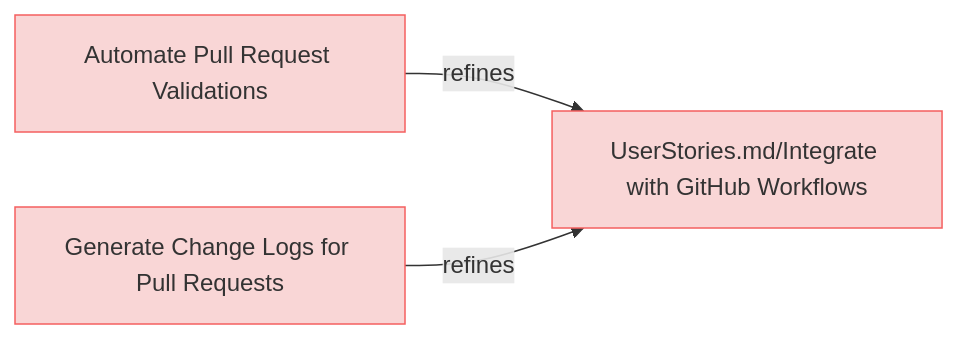
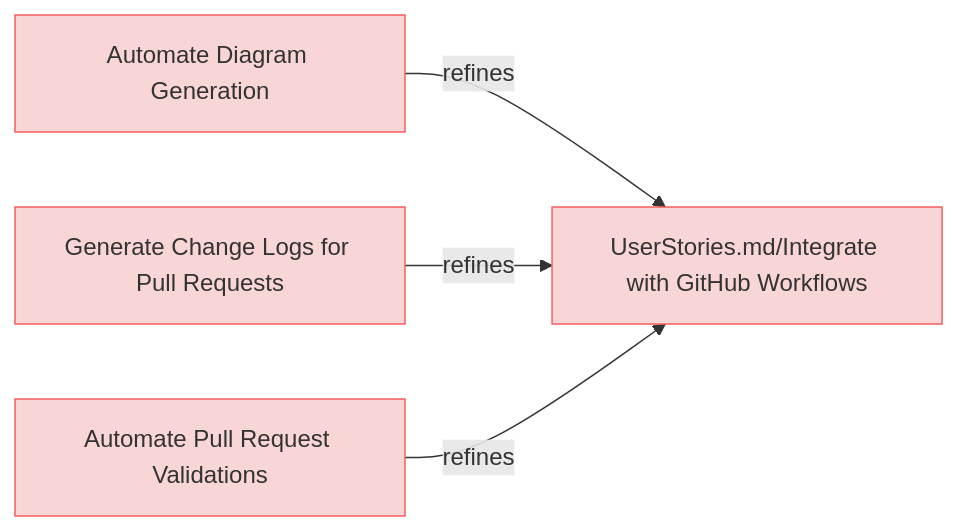
One commit to reqvire-org/reqvire changed the fourth of 8 diagrams in specifications/UserRequirements.md. Above: the diagram before and after it, drawn with Mermaid. The commit also changed other lines of this file and 37 other files, not shown here.

Commit message:
Allow diagrams with blobs links when configured.

````diff
--- a/specifications/UserRequirements.md
+++ b/specifications/UserRequirements.md
@@ -329,20 +269,24 @@
 ```mermaid
 graph LR;
   %% Graph styling
   classDef requirement fill:#f9d6d6,stroke:#f55f5f,stroke-width:1px;
   classDef verification fill:#d6f9d6,stroke:#5fd75f,stroke-width:1px;
   classDef externalLink fill:#d0e0ff,stroke:#3080ff,stroke-width:1px;
   classDef default fill:#f5f5f5,stroke:#333333,stroke-width:1px;
 
-  b41f362e18fb2449["Automate Pull Request Validations"];
-  click b41f362e18fb2449 "UserRequirements.md#automate-pull-request-validations";
-  class b41f362e18fb2449 requirement;
-  1563f8454019c887["UserStories.md/Integrate with GitHub Workflows"];
-  class 1563f8454019c887 requirement;
-  click 1563f8454019c887 "UserStories.md#integrate-with-github-workflows";
-  b41f362e18fb2449 -->|refines| 1563f8454019c887;
-  efa1cab60b058344["Generate Change Logs for Pull Requests"];
-  click efa1cab60b058344 "UserRequirements.md#generate-change-logs-for-pull-requests";
-  class efa1cab60b058344 requirement;
-  efa1cab60b058344 -->|refines| 1563f8454019c887;
+  98a581084d5542fa["Automate Diagram Generation"];
+  click 98a581084d5542fa "specifications/UserRequirements.md#automate-diagram-generation#automate-diagram-generation";
+  class 98a581084d5542fa requirement;
+  98eaeddc27f99e11["UserStories.md/Integrate with GitHub Workflows"];
+  class 98eaeddc27f99e11 requirement;
+  click 98eaeddc27f99e11 "specifications/UserStories.md#integrate-with-github-workflows#integrate-with-github-workflows";
+  98a581084d5542fa -->|refines| 98eaeddc27f99e11;
+  672b444a568468b8["Generate Change Logs for Pull Requests"];
+  click 672b444a568468b8 "specifications/UserRequirements.md#generate-change-logs-for-pull-requests#generate-change-logs-for-pull-requests";
+  class 672b444a568468b8 requirement;
+  672b444a568468b8 -->|refines| 98eaeddc27f99e11;
+  15f2f511b2399406["Automate Pull Request Validations"];
+  click 15f2f511b2399406 "specifications/UserRequirements.md#automate-pull-request-validations#automate-pull-request-validations";
+  class 15f2f511b2399406 requirement;
+  15f2f511b2399406 -->|refines| 98eaeddc27f99e11;
 ```
````
